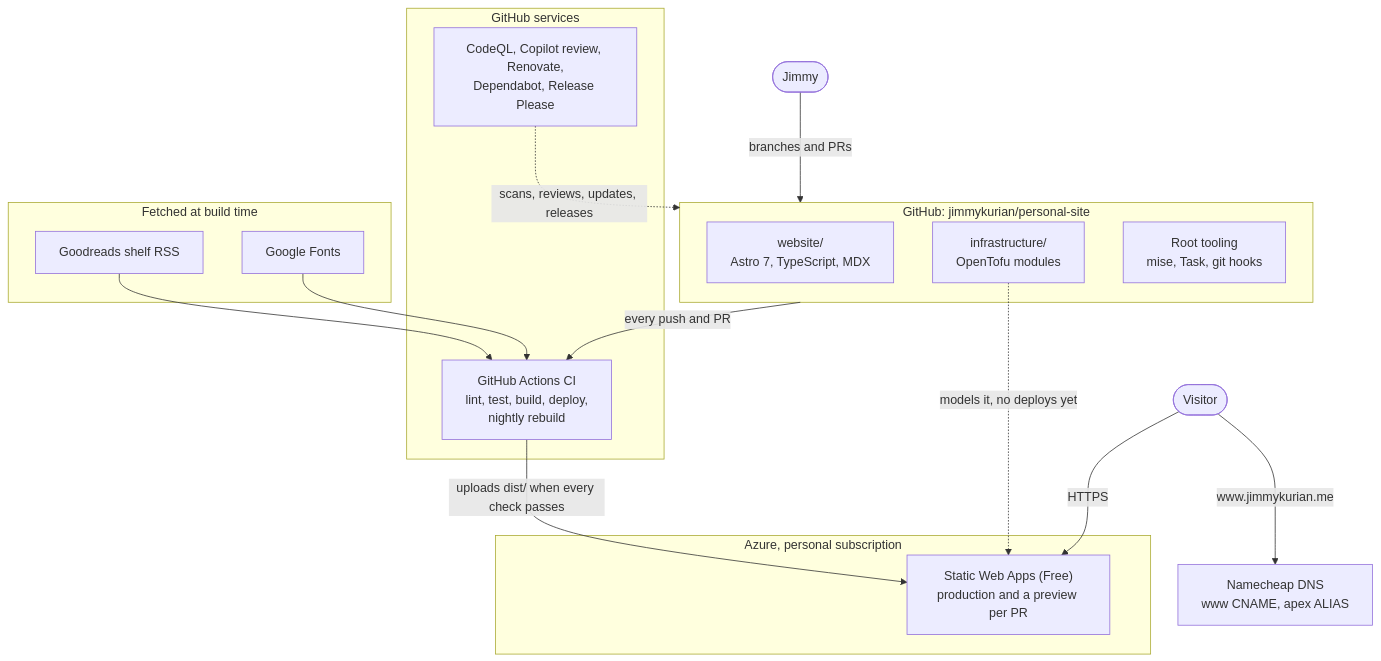
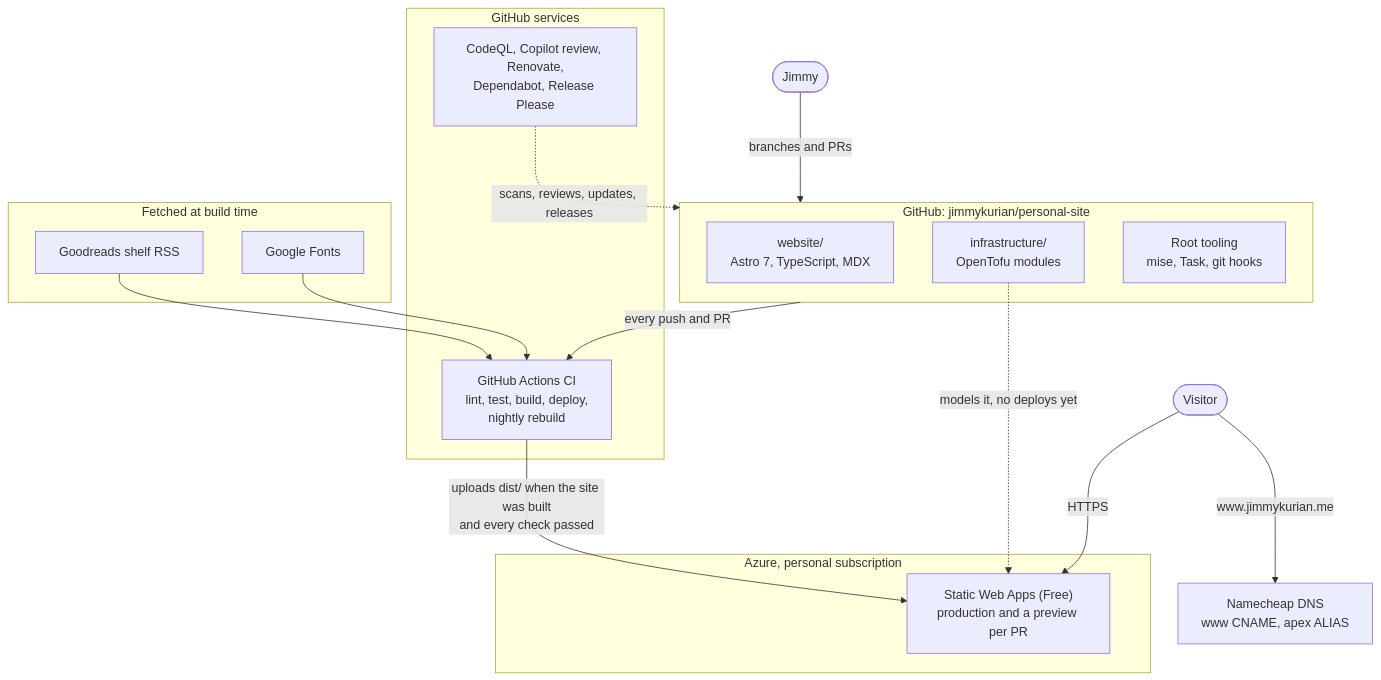
One commit to jimmykurian/personal-site changed the diagram in README.md. Above: the diagram before and after it, drawn with Mermaid. The commit also changed 3 other files, not shown here.

````diff
--- a/README.md
+++ b/README.md
@@ -67,36 +67,36 @@
 ```mermaid
 flowchart TB
     jimmy(["Jimmy"])
     visitor(["Visitor"])
 
     subgraph repo["GitHub: jimmykurian/personal-site"]
         website["website/<br/>Astro 7, TypeScript, MDX"]
         infra["infrastructure/<br/>OpenTofu modules"]
         tooling["Root tooling<br/>mise, Task, git hooks"]
     end
 
     subgraph github["GitHub services"]
         ci["GitHub Actions CI<br/>lint, test, build, deploy,<br/>nightly rebuild"]
         bots["CodeQL, Copilot review, Renovate,<br/>Dependabot, Release Please"]
     end
 
     subgraph inputs["Fetched at build time"]
         goodreads["Goodreads shelf RSS"]
         fonts["Google Fonts"]
     end
 
     subgraph azure["Azure, personal subscription"]
         swa["Static Web Apps (Free)<br/>production and a preview per PR"]
     end
 
     dns["Namecheap DNS<br/>www CNAME, apex ALIAS"]
 
     jimmy -- "branches and PRs" --> repo
     repo -- "every push and PR" --> ci
     bots -. "scans, reviews, updates, releases" .-> repo
     goodreads & fonts --> ci
-    ci -- "uploads dist/ when every check passes" --> swa
+    ci -- "uploads dist/ when the site was built<br/>and every check passed" --> swa
     infra -. "models it, no deploys yet" .-> swa
     visitor -- "www.jimmykurian.me" --> dns
     visitor -- "HTTPS" --> swa
 ```
````
